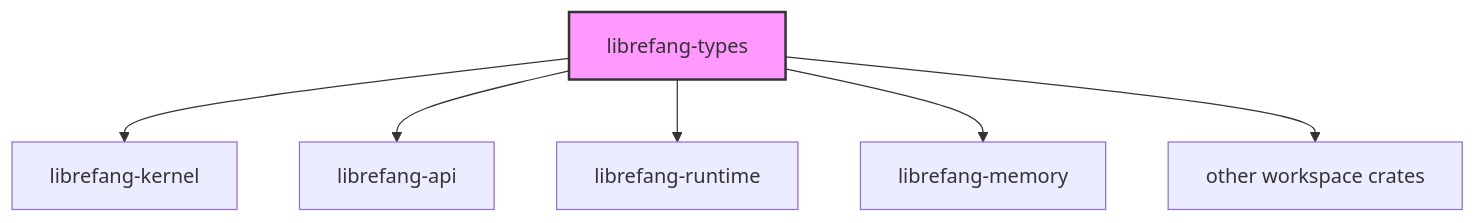
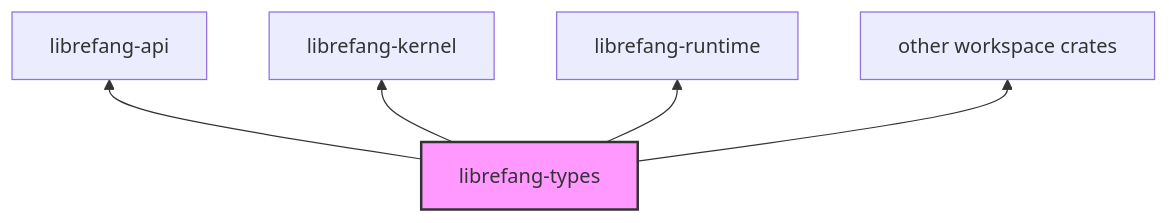
The diagram in other-librefang-types.md (leszek3737/librefang-WIki), drawn with Mermaid before and after one commit. The commit also changed other lines of this file and 122 other files, not shown here.

````diff
--- a/other-librefang-types.md
+++ b/other-librefang-types.md
@@ -9,9 +9,15 @@
 ```mermaid
-graph TD
-    A[librefang-types] --> B[librefang-kernel]
-    A --> C[librefang-api]
-    A --> D[librefang-runtime]
-    A --> E[librefang-memory]
-    A --> F[other workspace crates]
-    style A fill:#f9f,stroke:#333,stroke-width:2px
+graph BT
+    types["librefang-types"]
+    api["librefang-api"]
+    kernel["librefang-kernel"]
+    runtime["librefang-runtime"]
+    other["other workspace crates"]
+
+    types --> api
+    types --> kernel
+    types --> runtime
+    types --> other
+
+    style types fill:#f9f,stroke:#333,stroke-width:2px
 ```
````
